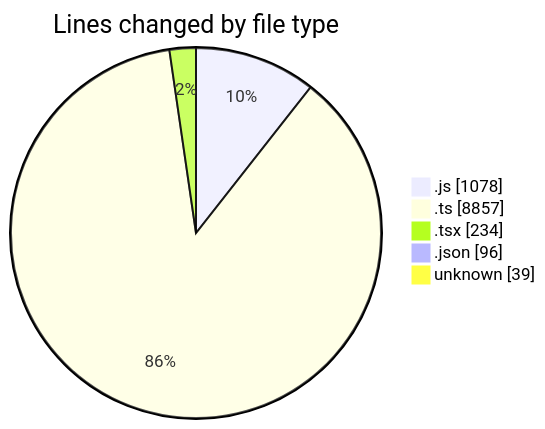
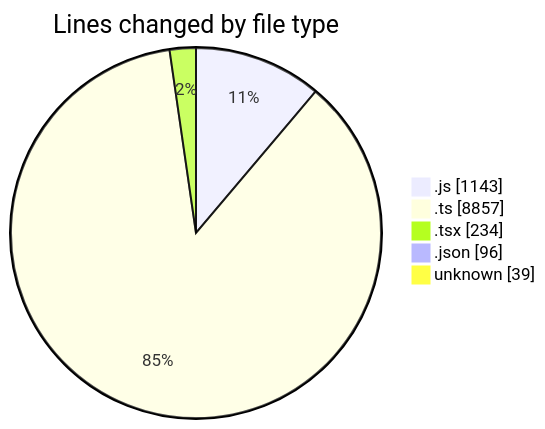
One commit to momahboobian/code-tracking changed the first of 2 diagrams in 2025-05-14/cda/README.md. Above: the diagram before and after it, drawn with Mermaid. The commit also changed other lines of this file and 1 other file, not shown here.

````diff
--- a/2025-05-14/cda/README.md
+++ b/2025-05-14/cda/README.md
@@ -30,9 +30,9 @@
 ```mermaid
 pie showData
 title Lines changed by file type
-".js" : 1078
+".js" : 1143
 ".ts" : 8857
 ".tsx" : 234
 ".json" : 96
 "unknown" : 39
 ```
````
